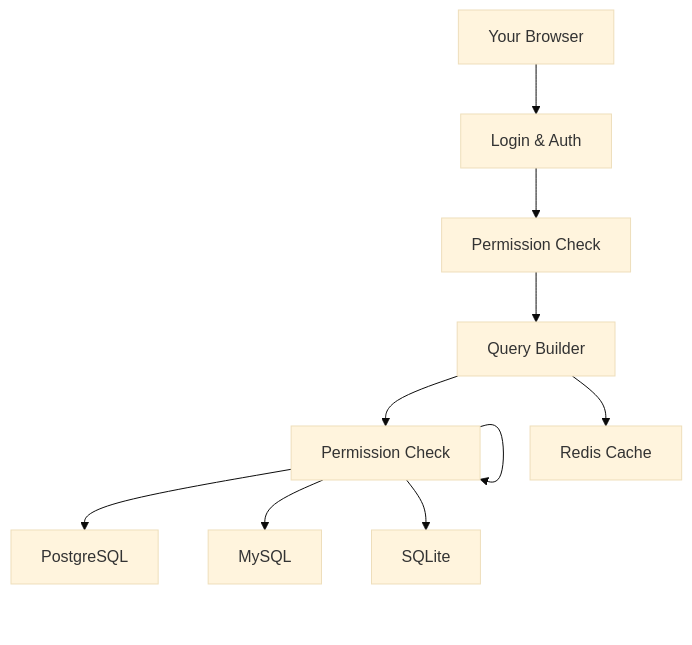
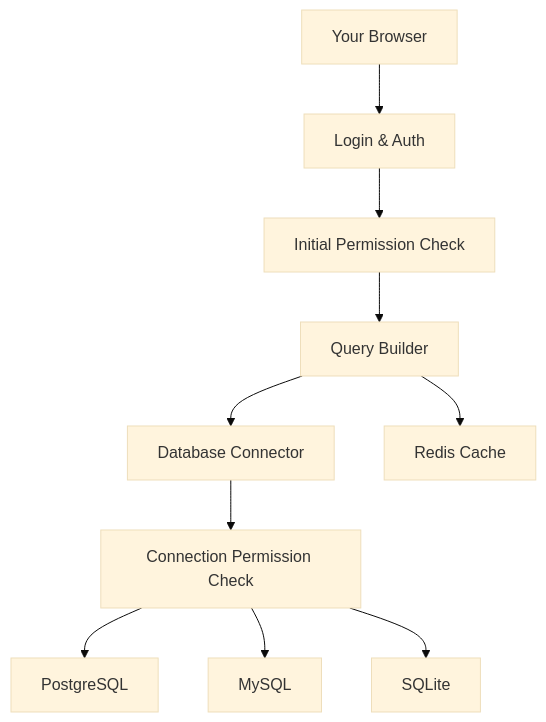
The diagram in README.md (Ayanleaideed/Natural-Language-to-SQL), drawn with Mermaid (base theme) before and after one commit.

````diff
--- a/README.md
+++ b/README.md
@@ -45,12 +45,13 @@
 ```mermaid
 graph TD
     A[Your Browser] --> B[Login & Auth]
-    B --> C[Permission Check]
+    B --> C[Initial Permission Check]
     C --> D[Query Builder]
     D --> E[Database Connector]
-    --> E[Permission Check]
-    E --> F1[PostgreSQL]
-    E --> F2[MySQL]
-    E --> F3[SQLite]
-    D --> G[Redis Cache]
+    E --> F[Connection Permission Check]
+    F --> G1[PostgreSQL]
+    F --> G2[MySQL]
+    F --> G3[SQLite]
+    D --> H[Redis Cache]
+
 ```
````
